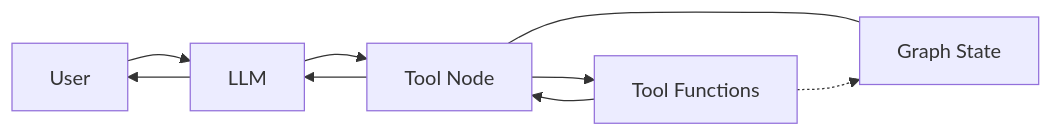
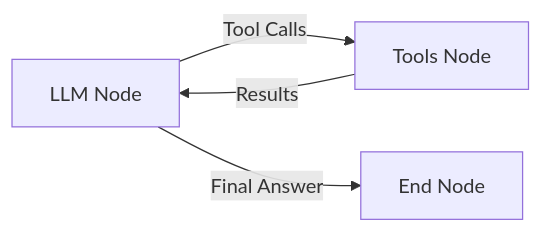
The first of 3 diagrams in notebooks/0_create_agent_summary.md (luongnv89/deep-agents-from-scratch-ollama), drawn with Mermaid before and after one commit. The commit also changed other lines of this file and 3 other files, not shown here.

````diff
--- a/notebooks/0_create_agent_summary.md
+++ b/notebooks/0_create_agent_summary.md
@@ -45,11 +9,10 @@
 ```mermaid
 flowchart LR
-    User[User] --> LLM[LLM]
-    LLM --> ToolNode[Tool Node]
-    ToolNode --> Tools[Tool Functions]
-    Tools --> ToolNode
-    ToolNode --> LLM
-    LLM --> User
-    ToolNode --- State[Graph State]
-    Tools -.-> State
+    LLM[LLM Node]
+    Tools[Tools Node]
+    End[End Node]
+    
+    LLM -->|Tool Calls| Tools
+    Tools -->|Results| LLM
+    LLM -->|Final Answer| End
 ```
````
